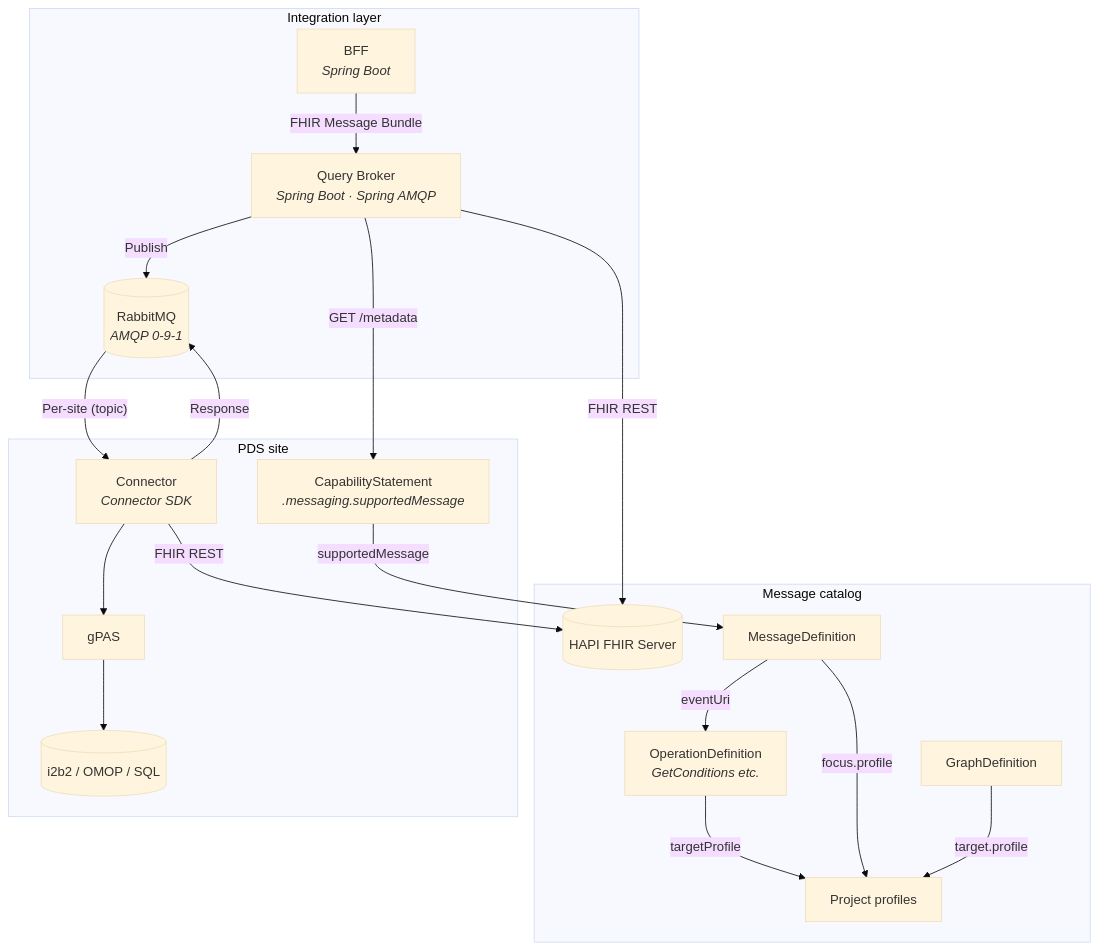
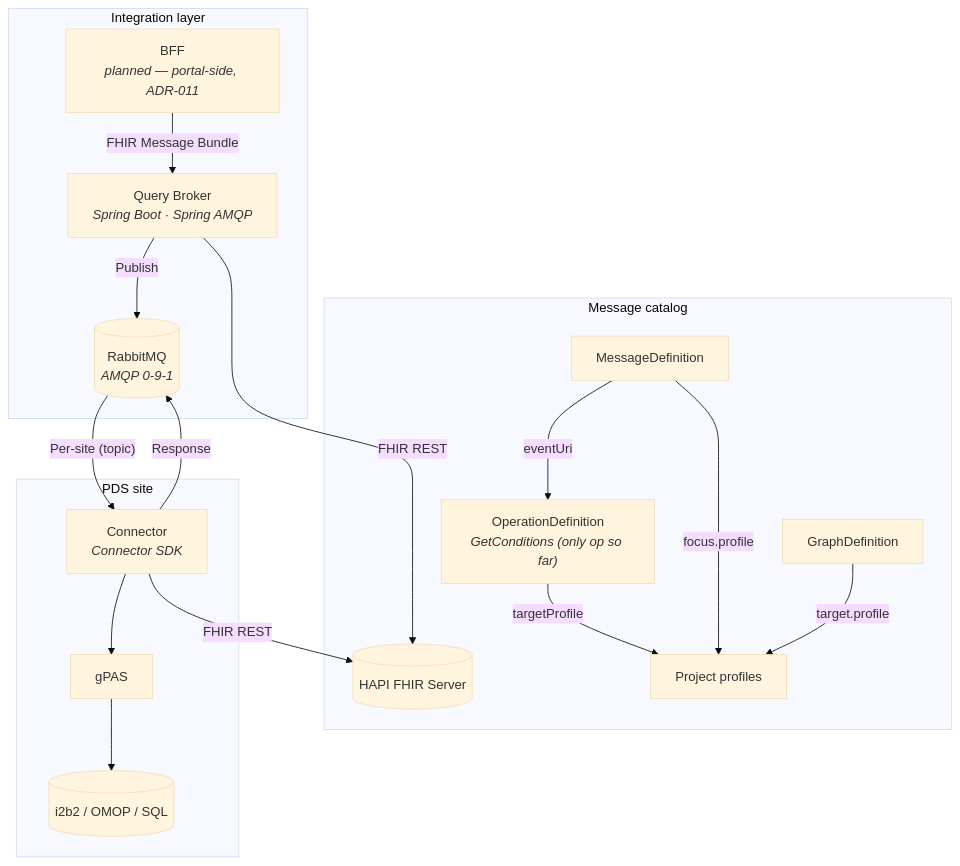
Before and after one commit to forschungsgruppe-digital-health/pds-query-broker: the second of 2 diagrams in docs/arc42/03_context_and_scope.md, drawn with Mermaid (base theme). The commit also changed other lines of this file and 11 other files, not shown here.

First line of the commit message:
docs(arc42): reconcile architecture docs with the current implementation (#47)

````diff
--- a/docs/arc42/03_context_and_scope.md
+++ b/docs/arc42/03_context_and_scope.md
@@ -38,37 +39,34 @@
 ```mermaid
 graph TB
     subgraph "Integration layer"
-        BFF["BFF<br/><i>Spring Boot</i>"]
+        BFF["BFF<br/><i>planned — portal-side, ADR-011</i>"]
         BROKER["Query Broker<br/><i>Spring Boot · Spring AMQP</i>"]
         MQ[("RabbitMQ<br/><i>AMQP 0-9-1</i>")]
     end
 
     subgraph "Message catalog"
         CATALOG[("HAPI FHIR Server")]
-        OPDEF["OperationDefinition<br/><i>GetConditions etc.</i>"]
+        OPDEF["OperationDefinition<br/><i>GetConditions (only op so far)</i>"]
         MSGDEF["MessageDefinition"]
         GRAPHDEF["GraphDefinition"]
         KDS["Project profiles"]
         MSGDEF -->|"eventUri"| OPDEF
         OPDEF -->|"targetProfile"| KDS
         MSGDEF -->|"focus.profile"| KDS
         GRAPHDEF -->|"target.profile"| KDS
     end
 
     subgraph "PDS site"
         CONN["Connector<br/><i>Connector SDK</i>"]
-        CAPSTMT["CapabilityStatement<br/><i>.messaging.supportedMessage</i>"]
         LTHS["gPAS"]
         SRC[("i2b2 / OMOP / SQL")]
     end
 
     BFF -->|"FHIR Message Bundle"| BROKER
     BROKER -->|"FHIR REST"| CATALOG
-    BROKER -->|"GET /metadata"| CAPSTMT
     BROKER -->|"Publish"| MQ
     MQ -->|"Per-site (topic)"| CONN
     CONN -->|"Response"| MQ
     CONN --> LTHS --> SRC
     CONN -->|"FHIR REST"| CATALOG
-    CAPSTMT -->|"supportedMessage"| MSGDEF
 ```
````
